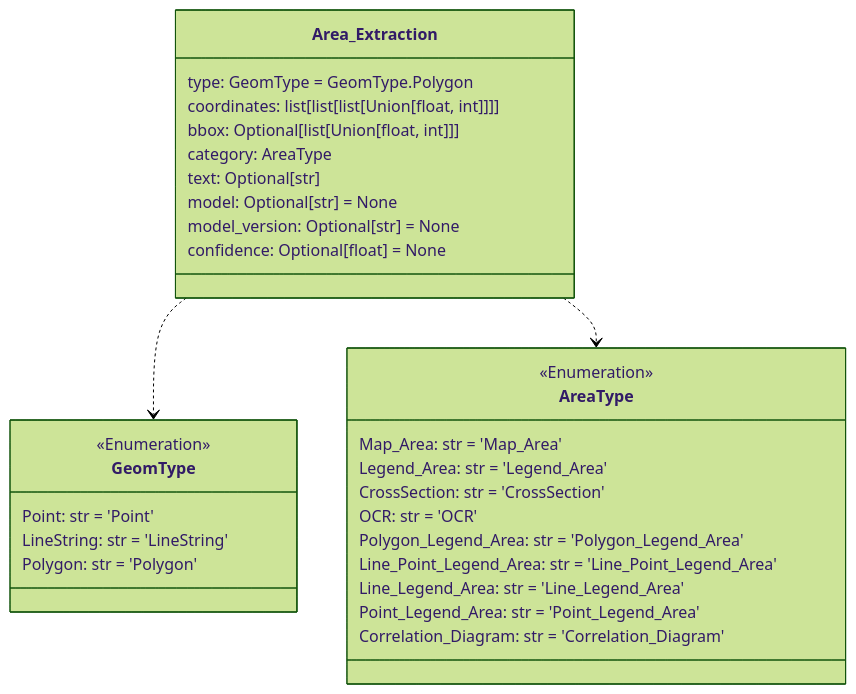
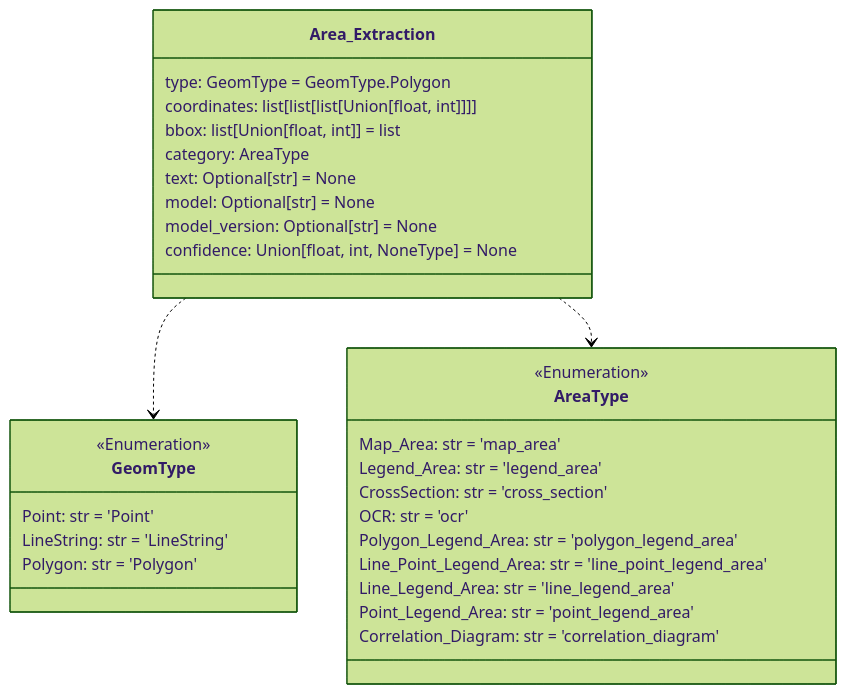
Before and after one commit to DARPA-CRITICALMAAS/cdr_schemas: the first of 12 diagrams in README.md, drawn with Mermaid (forest theme). The commit also changed other lines of this file and 20 other files, not shown here.

````diff
--- a/README.md
+++ b/README.md
@@ -66,39 +66,39 @@
 ```mermaid
 classDiagram
 
     class Area_Extraction {
         type: GeomType = GeomType.Polygon
         coordinates: list[list[list[Union[float, int]]]]
-        bbox: Optional[list[Union[float, int]]]
+        bbox: list[Union[float, int]] = list
         category: AreaType
-        text: Optional[str]
+        text: Optional[str] = None
         model: Optional[str] = None
         model_version: Optional[str] = None
-        confidence: Optional[float] = None
+        confidence: Union[float, int, NoneType] = None
     }
 
     class GeomType {
         <<Enumeration>>
         Point: str = 'Point'
         LineString: str = 'LineString'
         Polygon: str = 'Polygon'
     }
 
     class AreaType {
         <<Enumeration>>
-        Map_Area: str = 'Map_Area'
-        Legend_Area: str = 'Legend_Area'
-        CrossSection: str = 'CrossSection'
-        OCR: str = 'OCR'
-        Polygon_Legend_Area: str = 'Polygon_Legend_Area'
-        Line_Point_Legend_Area: str = 'Line_Point_Legend_Area'
-        Line_Legend_Area: str = 'Line_Legend_Area'
-        Point_Legend_Area: str = 'Point_Legend_Area'
-        Correlation_Diagram: str = 'Correlation_Diagram'
+        Map_Area: str = 'map_area'
+        Legend_Area: str = 'legend_area'
+        CrossSection: str = 'cross_section'
+        OCR: str = 'ocr'
+        Polygon_Legend_Area: str = 'polygon_legend_area'
+        Line_Point_Legend_Area: str = 'line_point_legend_area'
+        Line_Legend_Area: str = 'line_legend_area'
+        Point_Legend_Area: str = 'point_legend_area'
+        Correlation_Diagram: str = 'correlation_diagram'
     }
 
     Area_Extraction ..> GeomType
     Area_Extraction ..> AreaType
 
 
 ```
````
